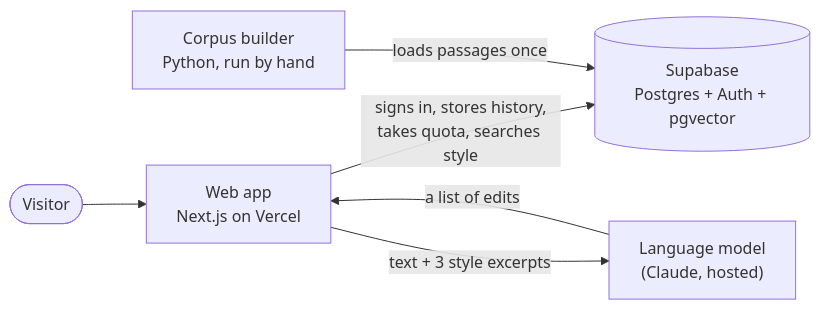
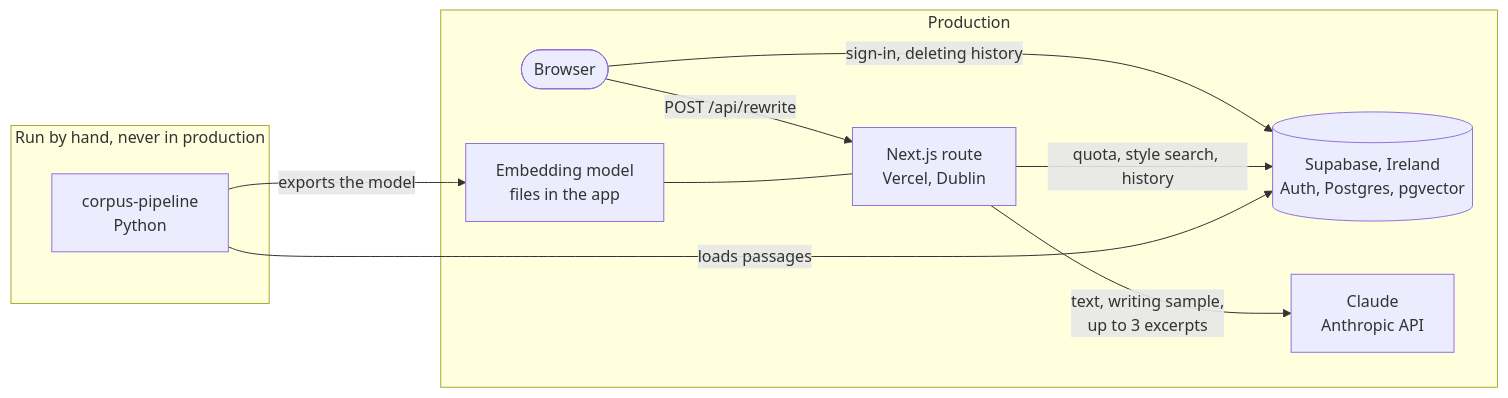
One commit to Azekf11/IA_Writing changed the diagram in README.md. Above: the diagram before and after it, drawn with Mermaid. The commit also changed other lines of this file and 201 other files, not shown here.

First line of the commit message:
Enforce the quota in the database, clean the repository, document the architecture

````diff
--- a/README.md
+++ b/README.md
@@ -98,8 +35,14 @@
 ```mermaid
 flowchart LR
-    U([Visitor]) --> W["Web app<br/>Next.js on Vercel"]
-    W -->|"signs in, stores history,<br/>takes quota, searches style"| D[("Supabase<br/>Postgres + Auth + pgvector")]
-    W -->|"text + 3 style excerpts"| M["Language model<br/>(Claude, hosted)"]
-    M -->|"a list of edits"| W
-    C["Corpus builder<br/>Python, run by hand"] -->|"loads passages once"| D
+    subgraph production [Production]
+        B([Browser]) -->|"POST /api/rewrite"| R["Next.js route<br/>Vercel, Dublin"]
+        B -->|"sign-in, deleting history"| S
+        R -->|"quota, style search, history"| S[("Supabase, Ireland<br/>Auth, Postgres, pgvector")]
+        R -->|"text, writing sample,<br/>up to 3 excerpts"| C["Claude<br/>Anthropic API"]
+        E["Embedding model<br/>files in the app"] --- R
+    end
+    subgraph offline [Run by hand, never in production]
+        P["corpus-pipeline<br/>Python"] -->|"loads passages"| S
+        P -->|"exports the model"| E
+    end
 ```
````
